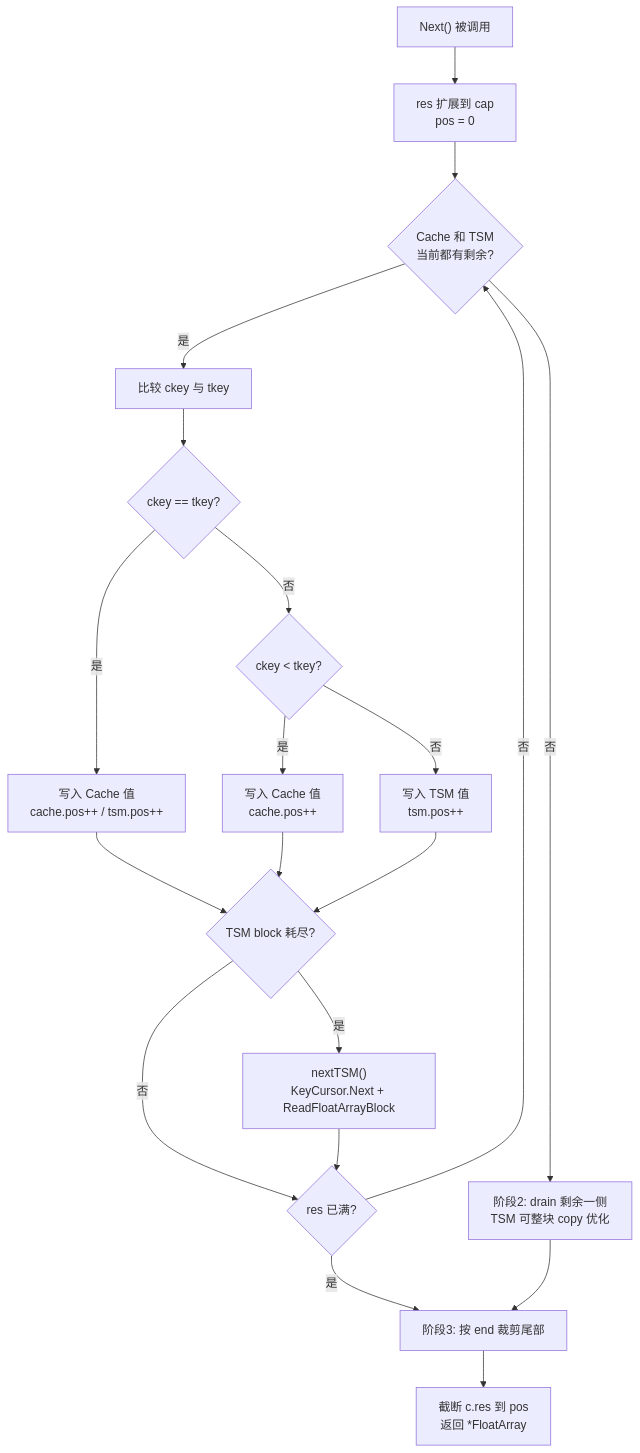
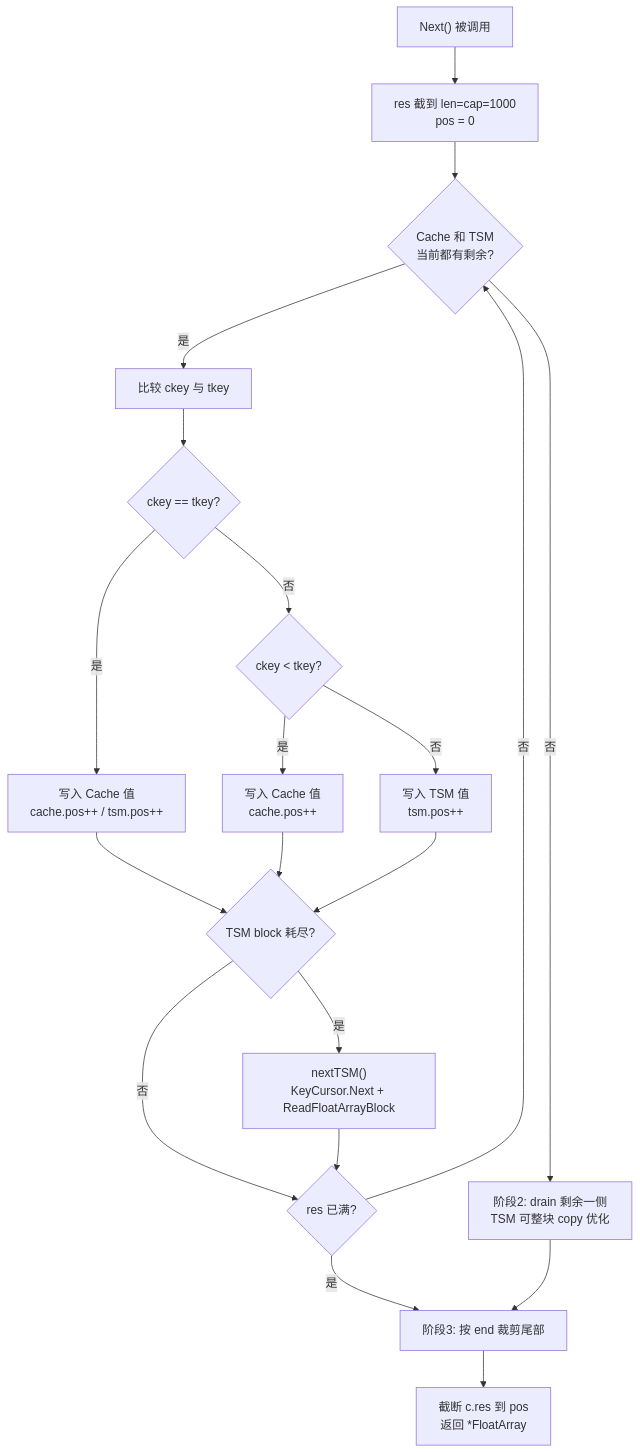
The third of 7 diagrams in docs/specs/08_array_cursor_spec.md (stefanv5/influxdb), drawn with Mermaid before and after one commit. The commit also changed other lines of this file and 16 other files, not shown here.

First line of the commit message:
docs: correct and deepen the 17 architecture specs

````diff
--- a/docs/specs/08_array_cursor_spec.md
+++ b/docs/specs/08_array_cursor_spec.md
@@ -307,22 +359,22 @@
 ```mermaid
 flowchart TD
-    A["Next() 被调用"] --> B["res 扩展到 cap<br/>pos = 0"]
+    A["Next() 被调用"] --> B["res 截到 len=cap=1000<br/>pos = 0"]
     B --> C{"Cache 和 TSM<br/>当前都有剩余?"}
     C -->|"是"| D["比较 ckey 与 tkey"]
     D --> E{"ckey == tkey?"}
     E -->|"是"| F["写入 Cache 值<br/>cache.pos++ / tsm.pos++"]
     E -->|"否"| G{"ckey < tkey?"}
     G -->|"是"| H["写入 Cache 值<br/>cache.pos++"]
     G -->|"否"| I["写入 TSM 值<br/>tsm.pos++"]
     F --> J{"TSM block 耗尽?"}
     H --> J
     I --> J
     J -->|"是"| K["nextTSM()<br/>KeyCursor.Next + ReadFloatArrayBlock"]
     J -->|"否"| L{"res 已满?"}
     K --> L
     L -->|"否"| C
     C -->|"否"| M["阶段2: drain 剩余一侧<br/>TSM 可整块 copy 优化"]
     L -->|"是"| N["阶段3: 按 end 裁剪尾部"]
     M --> N
     N --> O["截断 c.res 到 pos<br/>返回 *FloatArray"]
 ```
````
